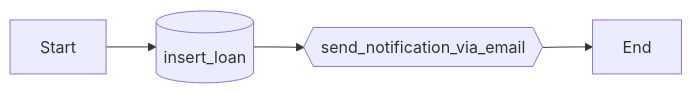
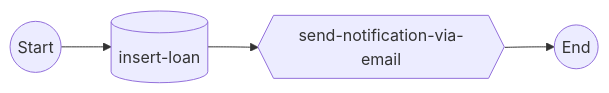
Before and after one commit to Tomperez98/use-case-registry: the fourth of 6 diagrams in docs/one-workflow-one-usecase.md, drawn with Mermaid. The commit also changed other lines of this file and 16 other files, not shown here.

````diff
--- a/docs/one-workflow-one-usecase.md
+++ b/docs/one-workflow-one-usecase.md
@@ -25,4 +25,4 @@
 ```mermaid
 flowchart LR
-    Start --> id1[(insert_loan)] --> id2{{send_notification_via_email}} --> End
+    id0((Start)) --> id1[(insert-loan)] --> id2{{send-notification-via-email}} --> id99((End))
 ```
````
